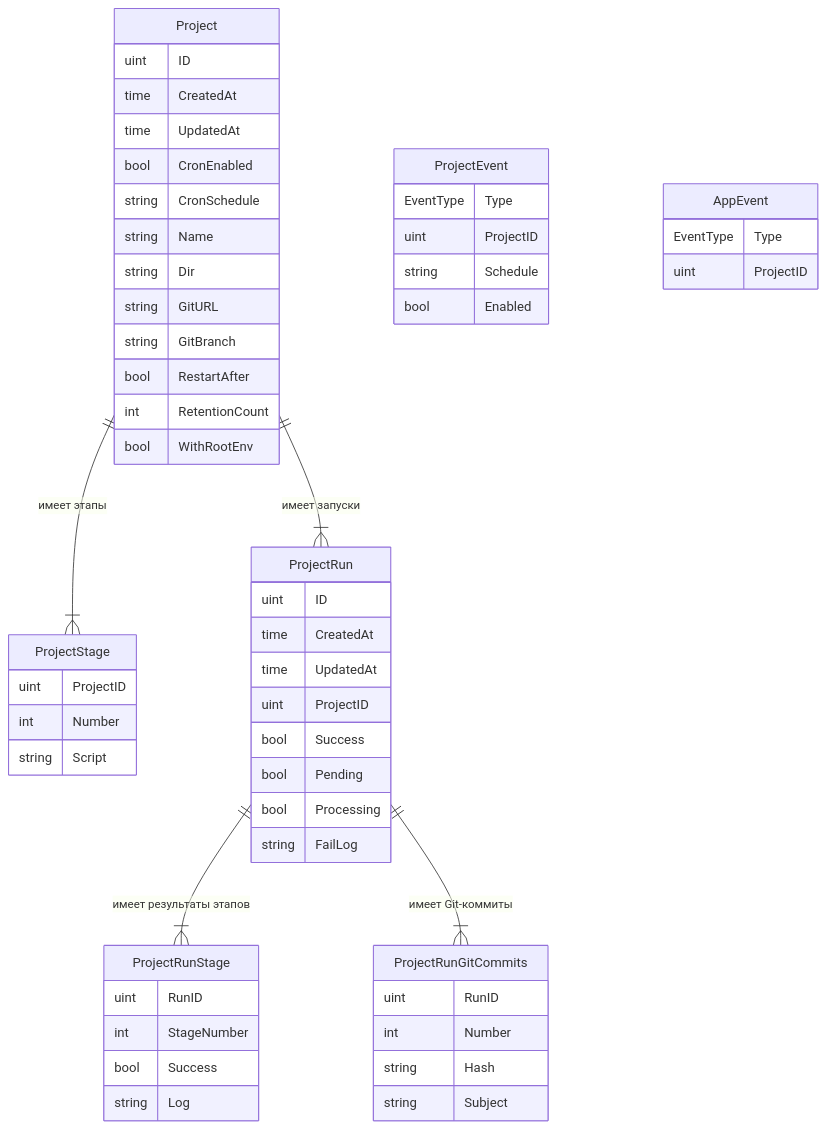
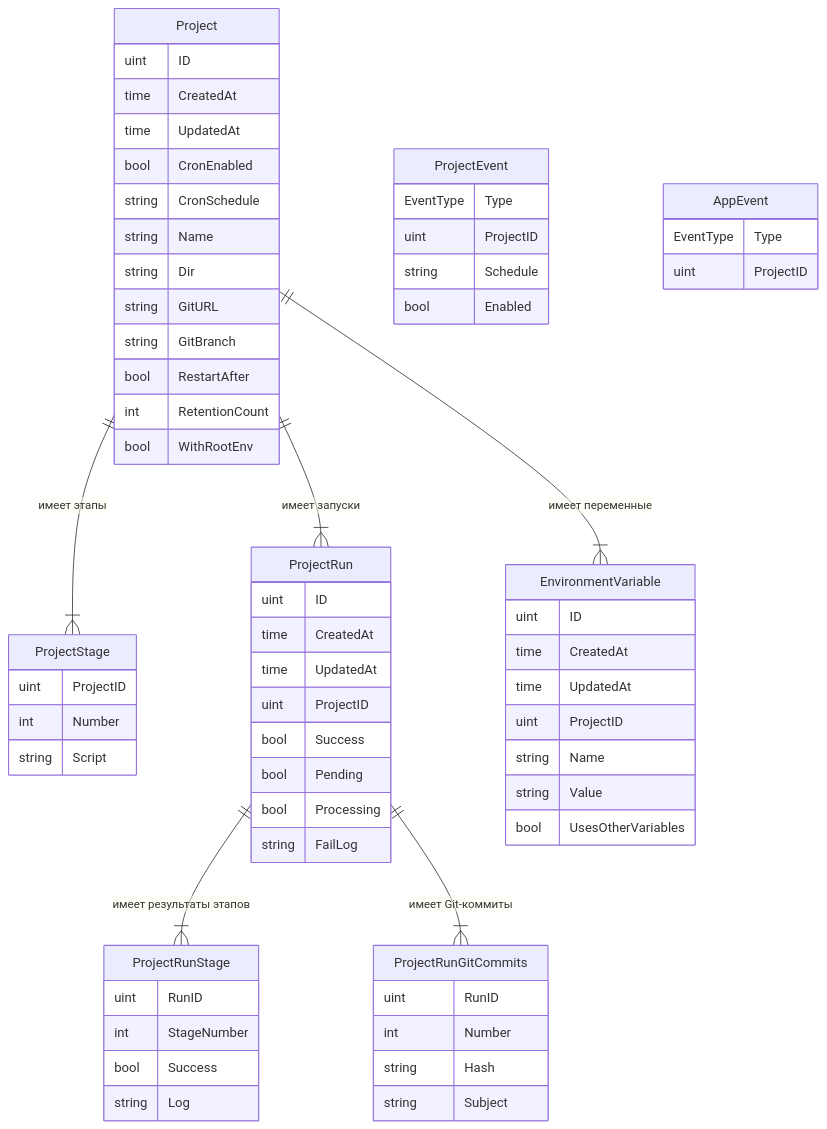
The diagram in docs/business/entity.md (gbh007/easyjet), drawn with Mermaid before and after one commit. The commit also changed other lines of this file and 43 other files, not shown here.

````diff
--- a/docs/business/entity.md
+++ b/docs/business/entity.md
@@ -169,65 +205,76 @@
 ```mermaid
 erDiagram
     Project ||--|{ ProjectStage : "имеет этапы"
     Project ||--|{ ProjectRun : "имеет запуски"
+    Project ||--|{ EnvironmentVariable : "имеет переменные"
     ProjectRun ||--|{ ProjectRunStage : "имеет результаты этапов"
     ProjectRun ||--|{ ProjectRunGitCommits : "имеет Git-коммиты"
 
     Project {
         uint ID
         time CreatedAt
         time UpdatedAt
         bool CronEnabled
         string CronSchedule
         string Name
         string Dir
         string GitURL
         string GitBranch
         bool RestartAfter
         int RetentionCount
         bool WithRootEnv
     }
 
     ProjectStage {
         uint ProjectID
         int Number
         string Script
     }
 
     ProjectRun {
         uint ID
         time CreatedAt
         time UpdatedAt
         uint ProjectID
         bool Success
         bool Pending
         bool Processing
         string FailLog
     }
 
     ProjectRunStage {
         uint RunID
         int StageNumber
         bool Success
         string Log
     }
 
     ProjectRunGitCommits {
         uint RunID
         int Number
         string Hash
         string Subject
     }
 
+    EnvironmentVariable {
+        uint ID
+        time CreatedAt
+        time UpdatedAt
+        uint ProjectID
+        string Name
+        string Value
+        bool UsesOtherVariables
+    }
+
     ProjectEvent {
         EventType Type
         uint ProjectID
         string Schedule
         bool Enabled
     }
 
     AppEvent {
         EventType Type
         uint ProjectID
     }
 ```
````
